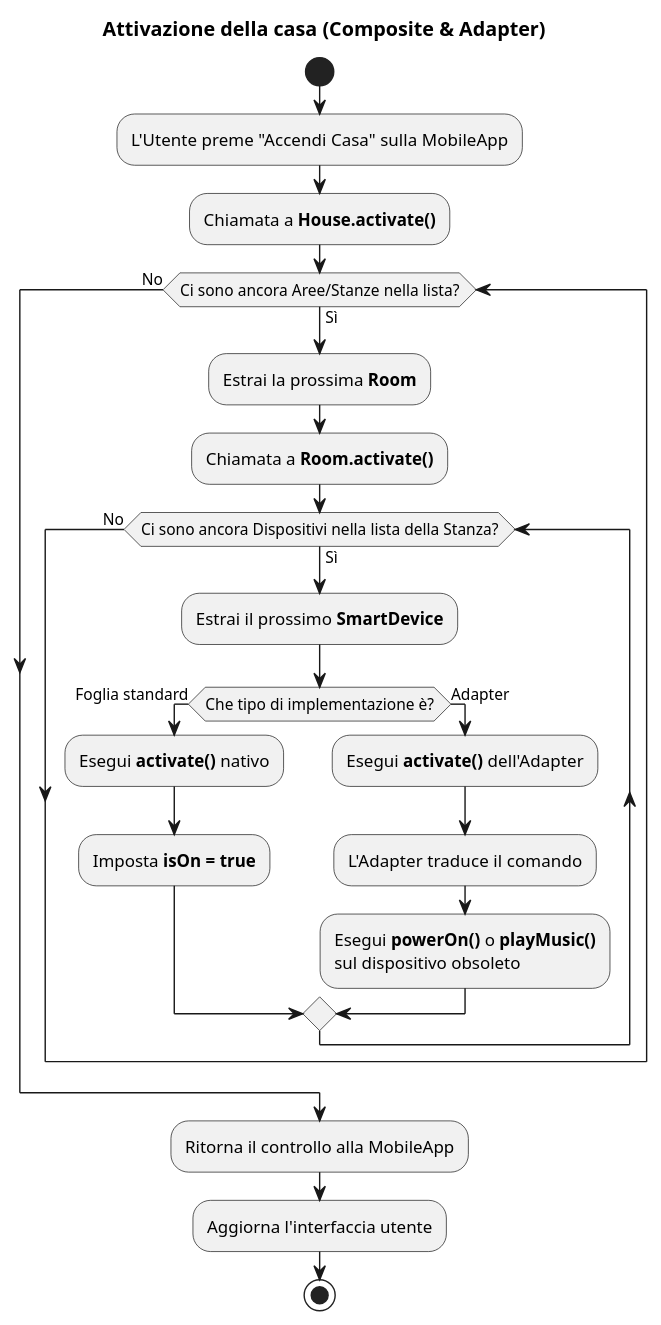
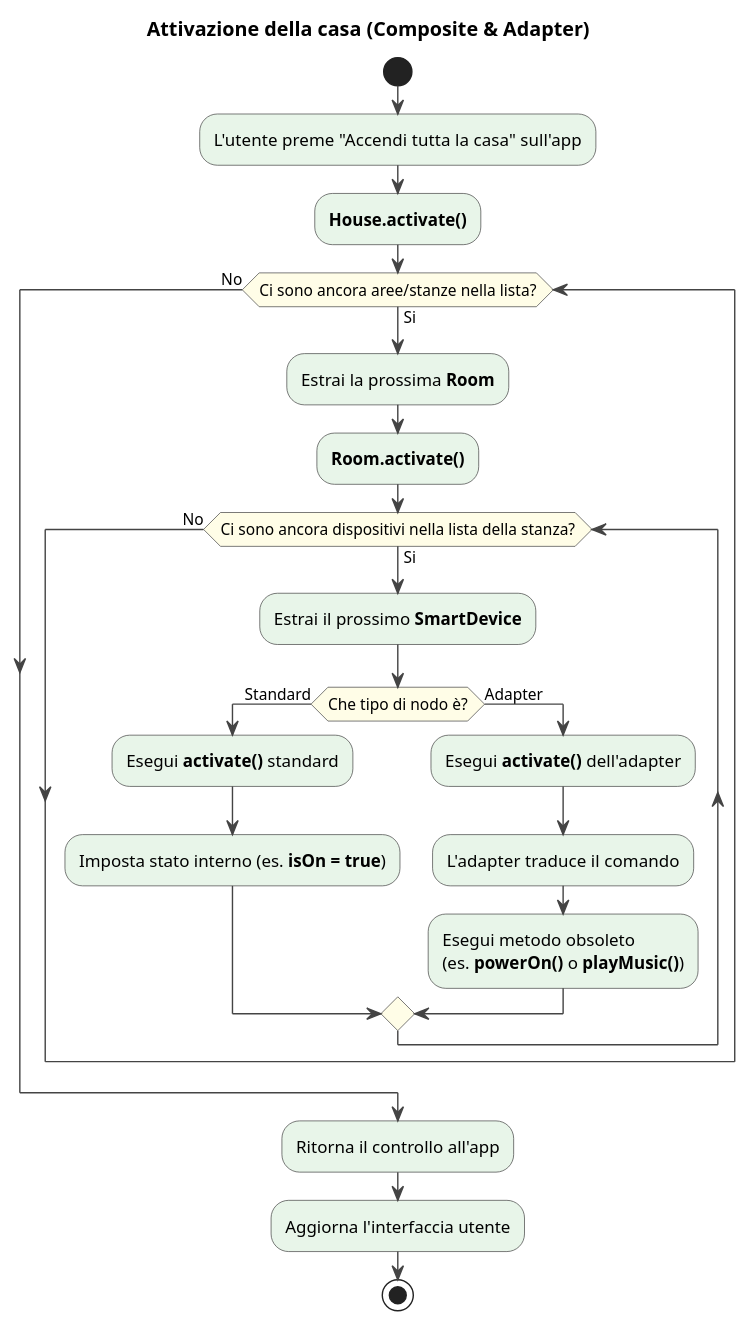
One commit to AndreaDiPietro0/SmartHomeSWE changed the diagram in uml/activity_composite_adapter.puml. Above: the diagram before and after it, drawn with PlantUML. The commit also changed 5 other files, not shown here.

```diff
--- a/uml/activity_composite_adapter.puml
+++ b/uml/activity_composite_adapter.puml
@@ -1,33 +1,37 @@
 @startuml
-skinparam activityShape octagon
-
 title Attivazione della casa (Composite & Adapter)
 
+skinparam ActivityBackgroundColor #E8F5E9
+skinparam ActivityBorderColor #444444
+skinparam ActivityDiamondBackgroundColor #FFFDE7
+skinparam ActivityDiamondBorderColor #444444
+skinparam ArrowColor #444444
+
 start
-:L'Utente preme "Accendi Casa" sulla MobileApp;
-:Chiamata a **House.activate()**;
+:L'utente preme "Accendi tutta la casa" sull'app;
+:**House.activate()**;
 
-while (Ci sono ancora Aree/Stanze nella lista?) is (Sì)
+while (Ci sono ancora aree/stanze nella lista?) is (Si)
     :Estrai la prossima **Room**;
-    :Chiamata a **Room.activate()**;
+    :**Room.activate()**;
 
-    while (Ci sono ancora Dispositivi nella lista della Stanza?) is (Sì)
+    while (Ci sono ancora dispositivi nella lista della stanza?) is (Si)
         :Estrai il prossimo **SmartDevice**;
 
-        if (Che tipo di implementazione è?) then (Foglia standard)
-            :Esegui **activate()** nativo;
-            :Imposta **isOn = true**;
+        if (Che tipo di nodo è?) then (Standard)
+            :Esegui **activate()** standard;
+            :Imposta stato interno (es. **isOn = true**);
         else (Adapter)
-            :Esegui **activate()** dell'Adapter;
-            :L'Adapter traduce il comando;
-            :Esegui **powerOn()** o **playMusic()**\nsul dispositivo obsoleto;
+            :Esegui **activate()** dell'adapter;
+            :L'adapter traduce il comando;
+            :Esegui metodo obsoleto\n(es. **powerOn()** o **playMusic()**);
         endif
 
     endwhile (No)
 
 endwhile (No)
 
-:Ritorna il controllo alla MobileApp;
+:Ritorna il controllo all'app;
 :Aggiorna l'interfaccia utente;
 stop
 @enduml
```
